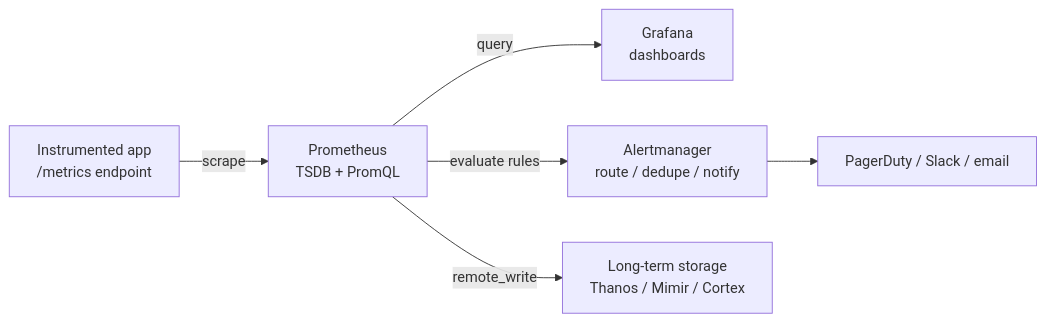
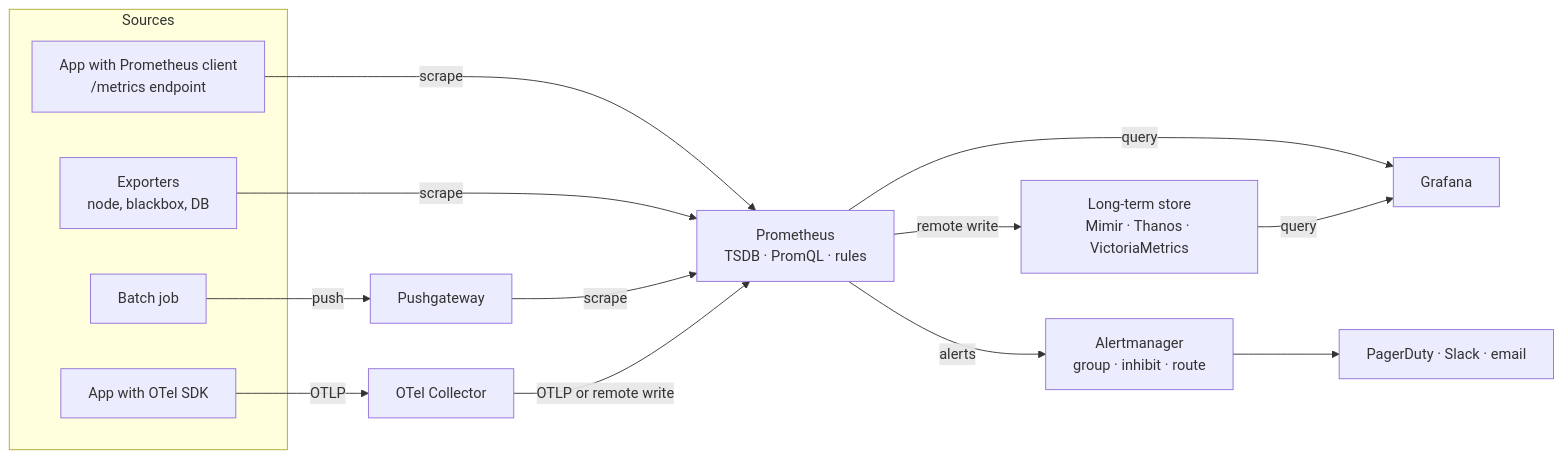
One commit to AndrewAltimit/Documentation changed the first of 2 diagrams in github-pages/docs/observability/metrics.md. Above: the diagram before and after it, drawn with Mermaid. The commit also changed other lines of this file and 240 other files, not shown here.

````diff
--- a/github-pages/docs/observability/metrics.md
+++ b/github-pages/docs/observability/metrics.md
@@ -20,8 +22,18 @@
 ```mermaid
 flowchart LR
-    App["Instrumented app<br/>/metrics endpoint"] -->|scrape| Prom["Prometheus<br/>TSDB + PromQL"]
-    Prom -->|query| Graf["Grafana<br/>dashboards"]
-    Prom -->|evaluate rules| AM["Alertmanager<br/>route / dedupe / notify"]
-    Prom -->|remote_write| LTS["Long-term storage<br/>Thanos / Mimir / Cortex"]
-    AM --> Page["PagerDuty / Slack / email"]
+    subgraph Sources
+        App1["App with Prometheus client<br/>/metrics endpoint"]
+        App2["App with OTel SDK"]
+        Exp["Exporters<br/>node, blackbox, DB"]
+        Batch["Batch job"]
+    end
+    App1 -->|scrape| Prom["Prometheus<br/>TSDB · PromQL · rules"]
+    Exp -->|scrape| Prom
+    Batch -->|push| PGW["Pushgateway"] -->|scrape| Prom
+    App2 -->|OTLP| Col["OTel Collector"] -->|"OTLP or remote write"| Prom
+    Prom -->|query| Graf["Grafana"]
+    Prom -->|alerts| AM["Alertmanager<br/>group · inhibit · route"]
+    Prom -->|remote write| LTS["Long-term store<br/>Mimir · Thanos · VictoriaMetrics"]
+    LTS -->|query| Graf
+    AM --> Notify["PagerDuty · Slack · email"]
 ```
````
